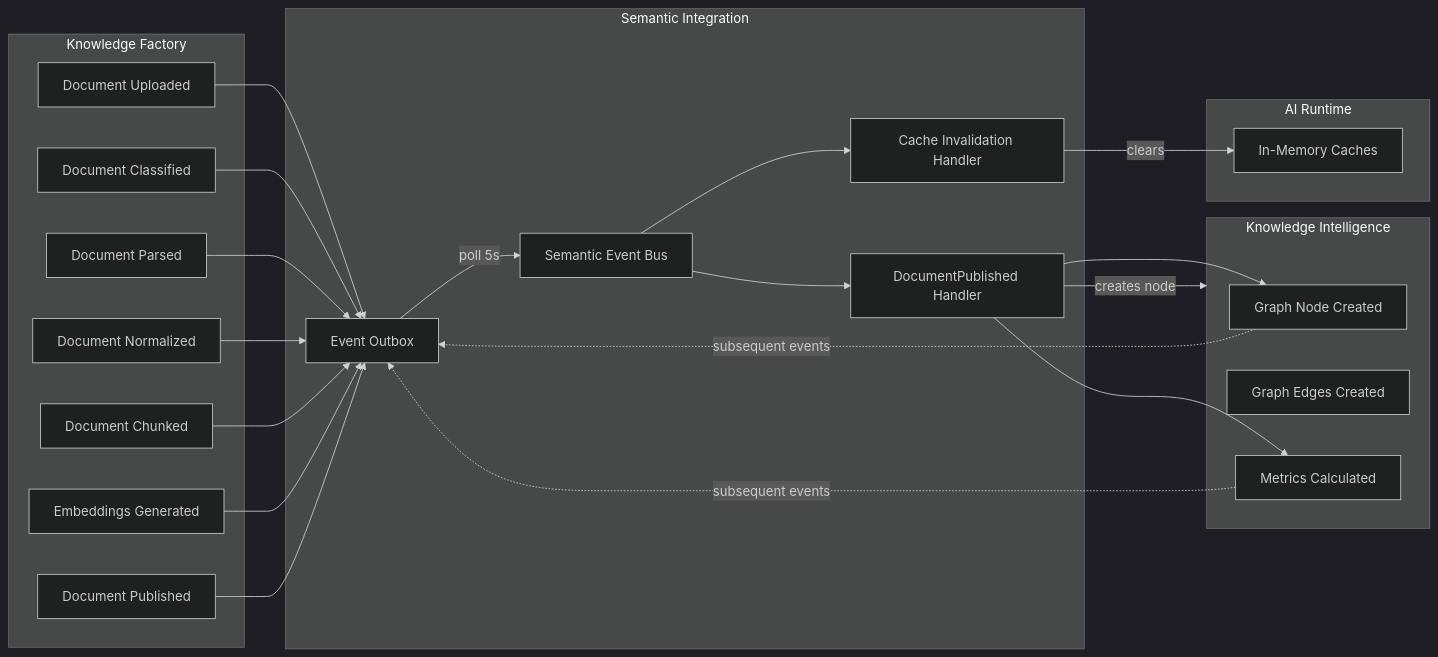
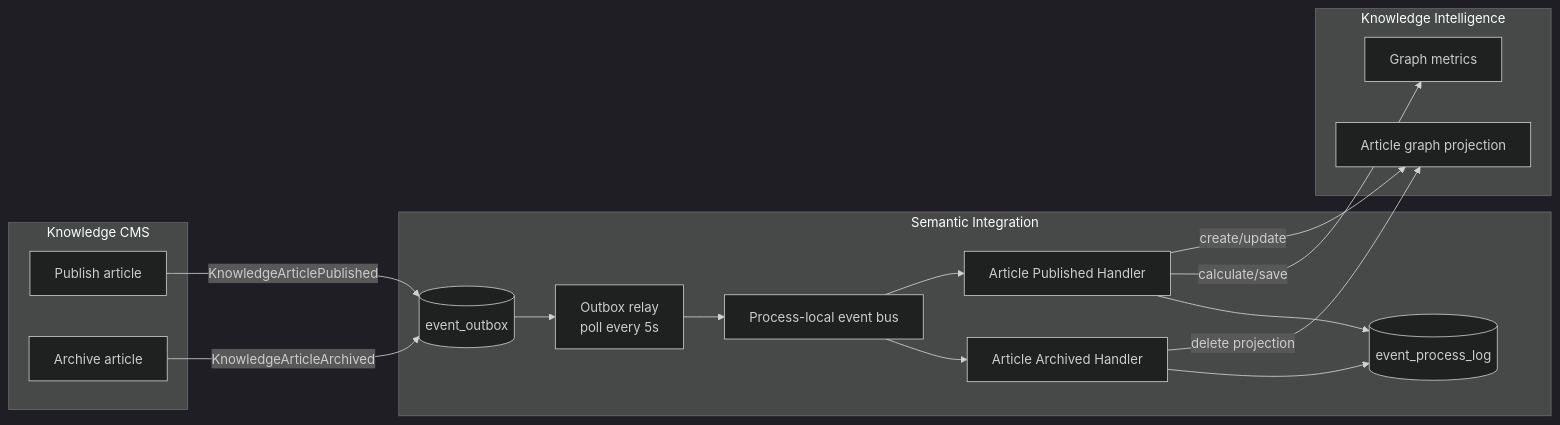
The first of 4 diagrams in docs/knowledge/event-topology.md (feerozmandiha/xennic), drawn with Mermaid (dark theme) before and after one commit. The commit also changed other lines of this file and 68 other files, not shown here.

````diff
--- a/docs/knowledge/event-topology.md
+++ b/docs/knowledge/event-topology.md
@@ -5,49 +7,32 @@
 ```mermaid
 flowchart LR
-    subgraph KF["Knowledge Factory"]
-        U[Document Uploaded]
-        C[Document Classified]
-        P[Document Parsed]
-        N[Document Normalized]
-        H[Document Chunked]
-        E[Embeddings Generated]
-        PB[Document Published]
+    subgraph CMS["Knowledge CMS"]
+        P[Publish article]
+        A[Archive article]
     end
 
     subgraph SI["Semantic Integration"]
-        OB[Event Outbox]
-        BUS[Semantic Event Bus]
-        DPH[DocumentPublished Handler]
-        CIH[Cache Invalidation Handler]
+        OB[(event_outbox)]
+        R[Outbox relay<br/>poll every 5s]
+        BUS[Process-local event bus]
+        PH[Article Published Handler]
+        AH[Article Archived Handler]
+        LOG[(event_process_log)]
     end
 
     subgraph KI["Knowledge Intelligence"]
-        GN[Graph Node Created]
-        GE[Graph Edges Created]
-        MC[Metrics Calculated]
+        NODE[Article graph projection]
+        METRIC[Graph metrics]
     end
 
-    subgraph AIR["AI Runtime"]
-        CACHE[In-Memory Caches]
-    end
-
-    U --> OB
-    C --> OB
-    P --> OB
-    N --> OB
-    H --> OB
-    E --> OB
-    PB --> OB
-
-    OB -->|poll 5s| BUS
-    BUS --> DPH
-    BUS --> CIH
-
-    DPH --> GN
-    DPH --> MC
-    DPH -->|creates node| KI
-    CIH -->|clears| CACHE
-
-    GN -.->|subsequent events| OB
-    MC -.->|subsequent events| OB
+    P -->|KnowledgeArticlePublished| OB
+    A -->|KnowledgeArticleArchived| OB
+    OB --> R --> BUS
+    BUS --> PH
+    BUS --> AH
+    PH -->|create/update| NODE
+    PH -->|calculate/save| METRIC
+    AH -->|delete projection| NODE
+    PH --> LOG
+    AH --> LOG
 ```
````
